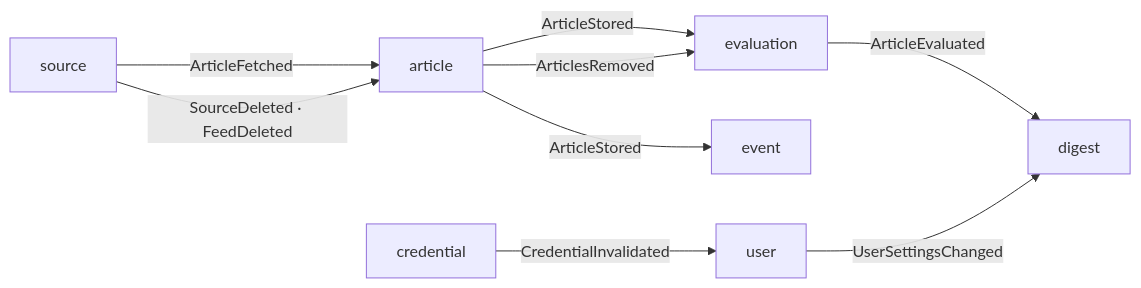
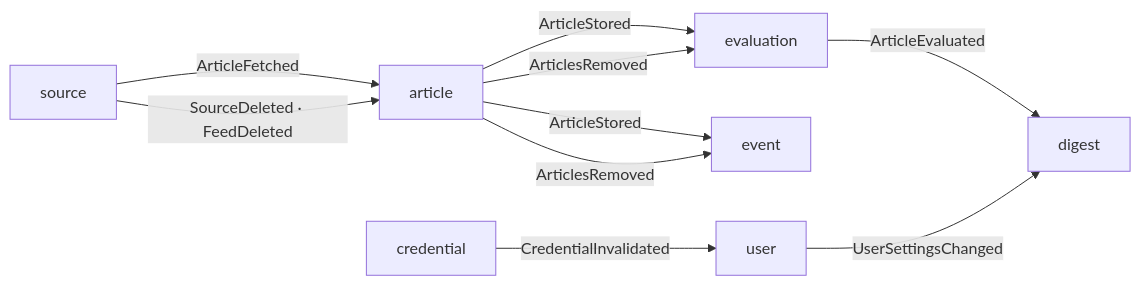
The second of 2 diagrams in docs/overview.md (Theia0382/yozm-news), drawn with Mermaid before and after one commit. The commit also changed other lines of this file and 15 other files, not shown here.

````diff
--- a/docs/overview.md
+++ b/docs/overview.md
@@ -136,11 +136,12 @@
 ```mermaid
 flowchart LR
     source -- ArticleFetched --> article
     source -- SourceDeleted · FeedDeleted --> article
     article -- ArticleStored --> evaluation
     article -- ArticlesRemoved --> evaluation
     article -- ArticleStored --> event
+    article -- ArticlesRemoved --> event
     evaluation -- ArticleEvaluated --> digest
     user -- UserSettingsChanged --> digest
     credential -- CredentialInvalidated --> user
 ```
````
